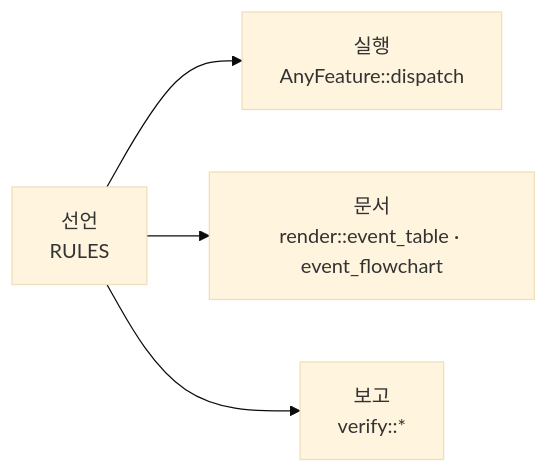
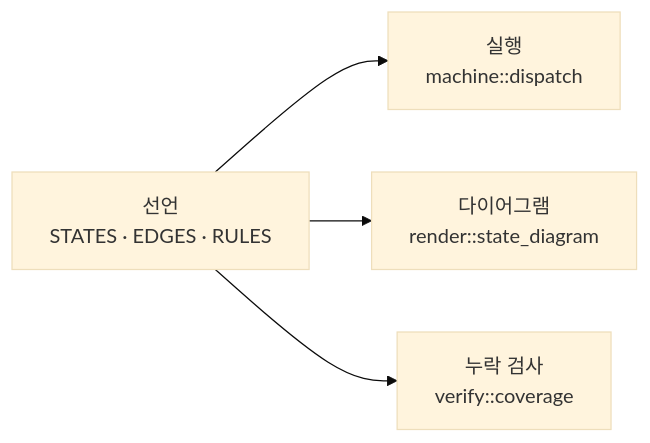
The diagram in README_KR.md (4artit/declared), drawn with Mermaid (base theme) before and after one commit. The commit also changed other lines of this file and 22 other files, not shown here.

Commit message:
rollback sm deletion / change diagram generation uses events(when) for the source

````diff
--- a/README_KR.md
+++ b/README_KR.md
@@ -18,7 +18,7 @@
 ```mermaid
 flowchart LR
-    D["선언<br/>RULES"]
-    D --> R["실행<br/>AnyFeature::dispatch"]
-    D --> G["문서<br/>render::event_table · event_flowchart"]
-    D --> V["보고<br/>verify::*"]
+    D["선언<br/>STATES · EDGES · RULES"]
+    D --> R["실행<br/>machine::dispatch"]
+    D --> G["다이어그램<br/>render::state_diagram"]
+    D --> V["누락 검사<br/>verify::coverage"]
 ```
````
